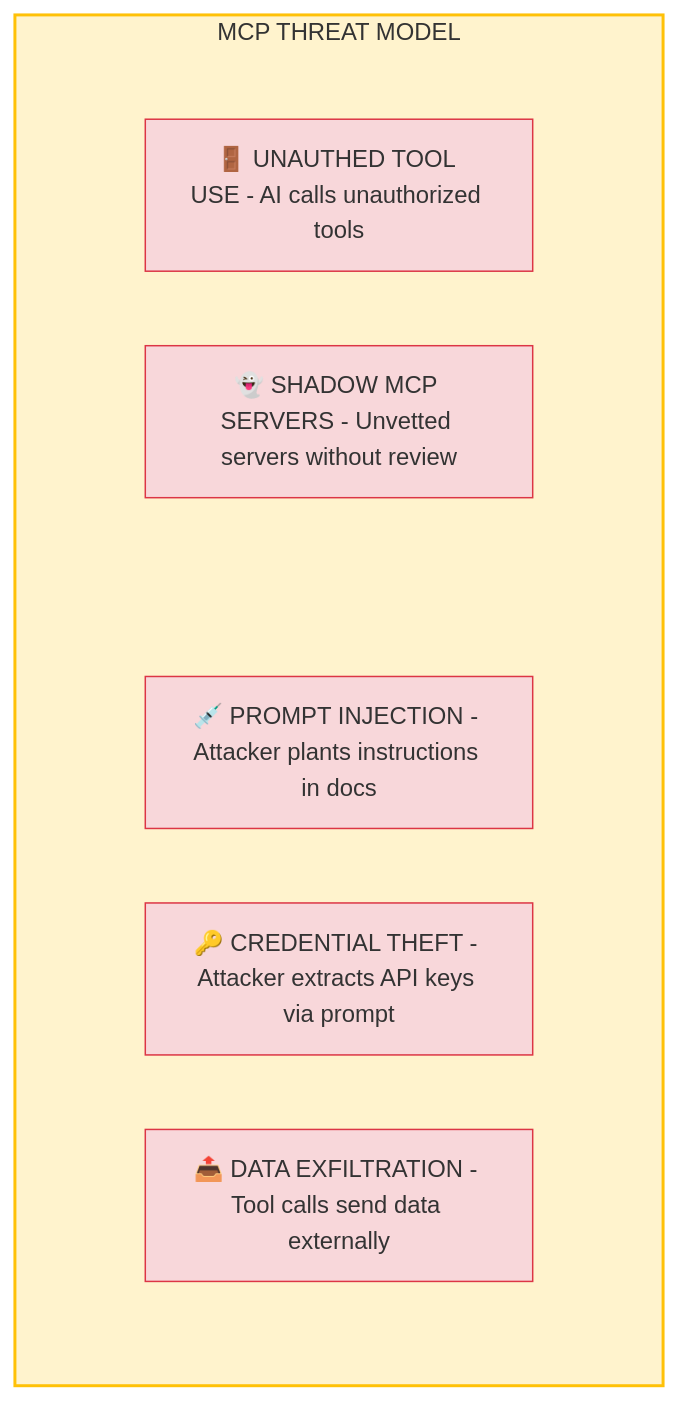
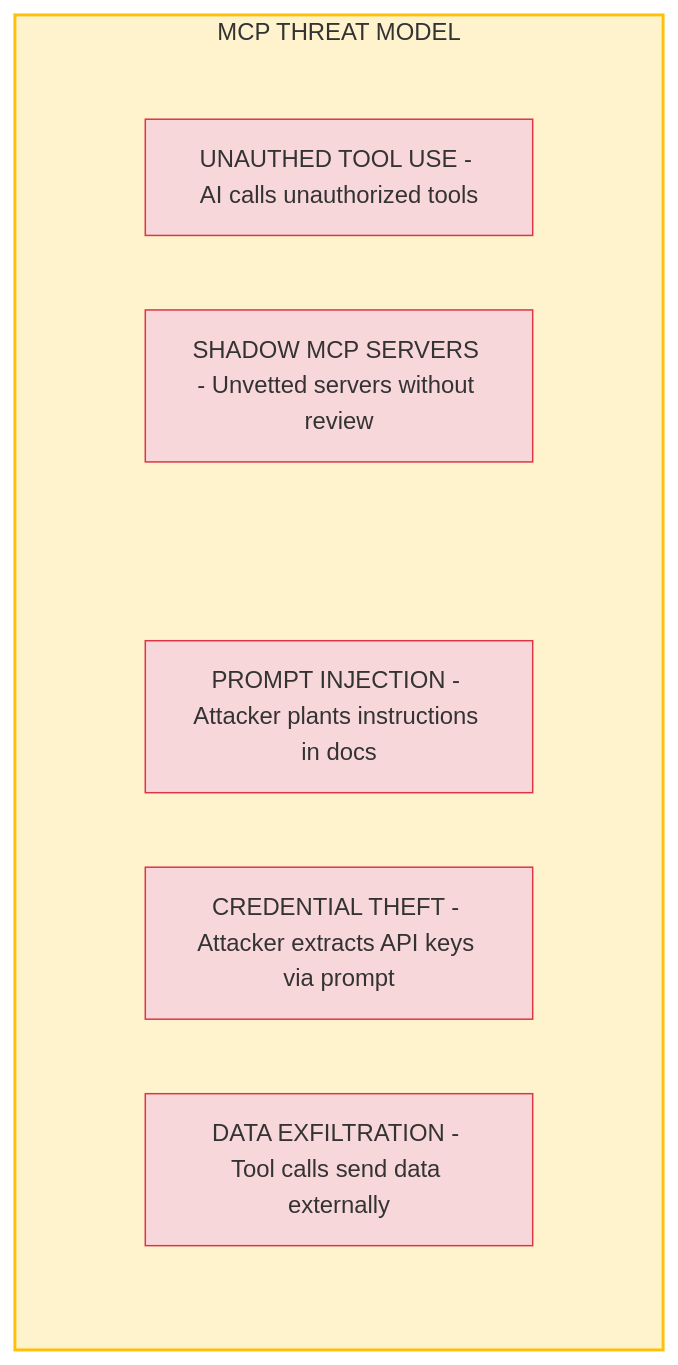
One commit to ithinktavo/GenAI-Engineering-Handbook changed the first of 5 diagrams in docs/11-mcp-security.md. Above: the diagram before and after it, drawn with Mermaid. The commit also changed other lines of this file and 10 other files, not shown here.

Commit message:
Diagram updates

````diff
--- a/docs/11-mcp-security.md
+++ b/docs/11-mcp-security.md
@@ -21,26 +21,26 @@
 ```mermaid
 graph TD
     subgraph threats["MCP THREAT MODEL"]
         direction LR
         subgraph row1[" "]
             direction LR
-            T1["💉 PROMPT INJECTION - Attacker plants instructions in docs"]
-            T2["🔑 CREDENTIAL THEFT - Attacker extracts API keys via prompt"]
-            T3["📤 DATA EXFILTRATION - Tool calls send data externally"]
+            T1["PROMPT INJECTION - Attacker plants instructions in docs"]
+            T2["CREDENTIAL THEFT - Attacker extracts API keys via prompt"]
+            T3["DATA EXFILTRATION - Tool calls send data externally"]
         end
         subgraph row2[" "]
             direction LR
-            T4["🚪 UNAUTHED TOOL USE - AI calls unauthorized tools"]
-            T5["👻 SHADOW MCP SERVERS - Unvetted servers without review"]
+            T4["UNAUTHED TOOL USE - AI calls unauthorized tools"]
+            T5["SHADOW MCP SERVERS - Unvetted servers without review"]
         end
     end
 
     style T1 fill:#f8d7da,stroke:#dc3545
     style T2 fill:#f8d7da,stroke:#dc3545
     style T3 fill:#f8d7da,stroke:#dc3545
     style T4 fill:#f8d7da,stroke:#dc3545
     style T5 fill:#f8d7da,stroke:#dc3545
     style threats fill:#fff3cd,stroke:#ffc107,stroke-width:2px
     style row1 fill:transparent,stroke:none
     style row2 fill:transparent,stroke:none
 ```
````
